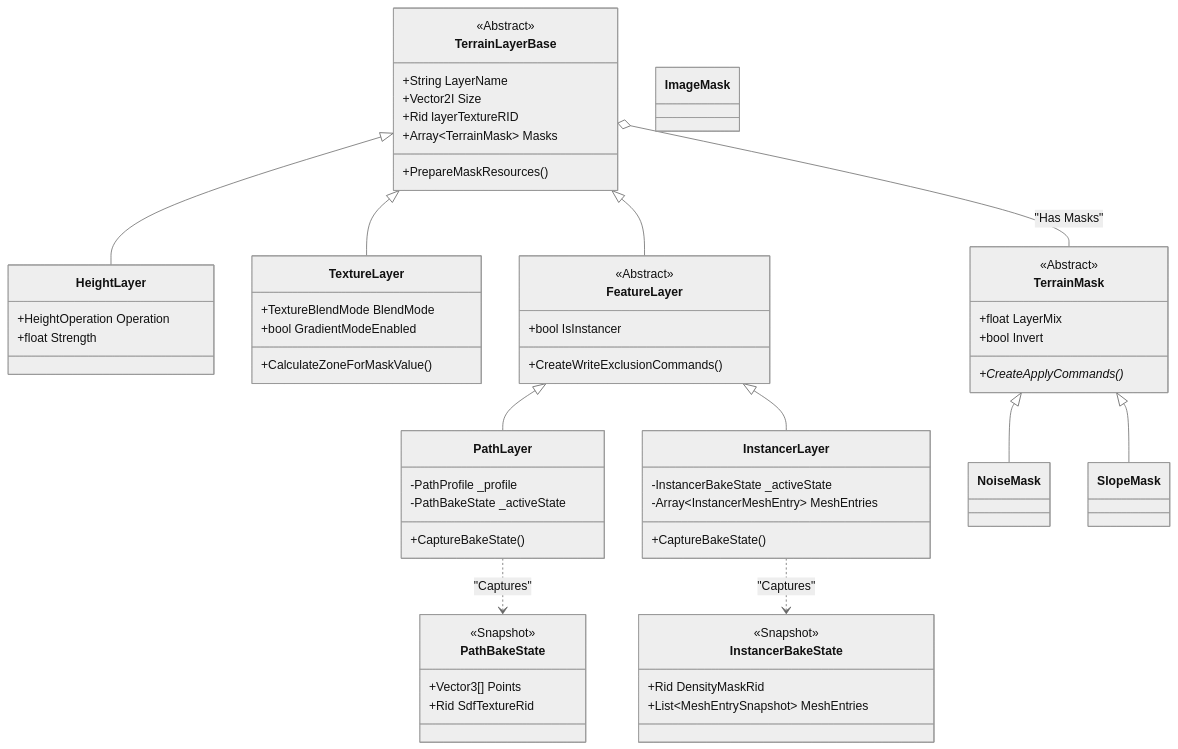
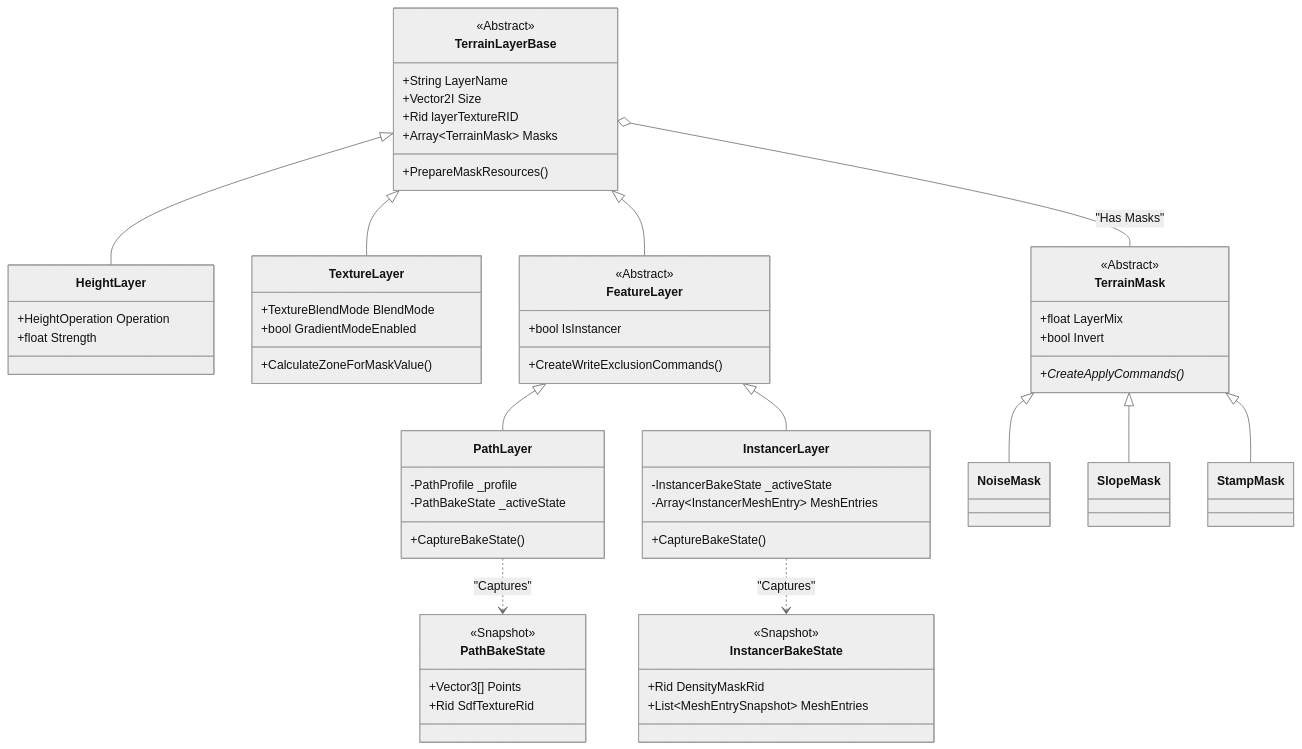
The fourth of 5 diagrams in UML_ARCHITECTURE.md (OldGnuts/Terrain3D_Layer_Tool), drawn with Mermaid (neutral theme) before and after one commit.

````diff
--- a/UML_ARCHITECTURE.md
+++ b/UML_ARCHITECTURE.md
@@ -194,80 +194,81 @@
 ```mermaid
 classDiagram
     %% --- Layers ---
     class TerrainLayerBase {
         <<Abstract>>
         +String LayerName
         +Vector2I Size
         +Rid layerTextureRID
         +Array~TerrainMask~ Masks
         +PrepareMaskResources()
     }
 
     class HeightLayer {
         +HeightOperation Operation
         +float Strength
     }
 
     class TextureLayer {
         +TextureBlendMode BlendMode
         +bool GradientModeEnabled
         +CalculateZoneForMaskValue()
     }
 
     class FeatureLayer {
         <<Abstract>>
         +bool IsInstancer
         +CreateWriteExclusionCommands()
     }
 
     class PathLayer {
         -PathProfile _profile
         -PathBakeState _activeState
         +CaptureBakeState()
     }
 
     class InstancerLayer {
         -InstancerBakeState _activeState
         -Array~InstancerMeshEntry~ MeshEntries
         +CaptureBakeState()
     }
 
     %% --- Snapshots (Thread Safe) ---
     class PathBakeState {
         <<Snapshot>>
         +Vector3[] Points
         +Rid SdfTextureRid
     }
     
     class InstancerBakeState {
         <<Snapshot>>
         +Rid DensityMaskRid
         +List~MeshEntrySnapshot~ MeshEntries
     }
 
     %% --- Masks ---
     class TerrainMask {
         <<Abstract>>
         +float LayerMix
         +bool Invert
         +CreateApplyCommands()*
     }
     
     class NoiseMask
     class SlopeMask
-    class ImageMask
+    class StampMask
 
     %% --- Relationships ---
     TerrainLayerBase <|-- HeightLayer
     TerrainLayerBase <|-- TextureLayer
     TerrainLayerBase <|-- FeatureLayer
     FeatureLayer <|-- PathLayer
     FeatureLayer <|-- InstancerLayer
     
     TerrainLayerBase o-- TerrainMask : "Has Masks"
     TerrainMask <|-- NoiseMask
     TerrainMask <|-- SlopeMask
+    TerrainMask <|-- StampMask
     
     PathLayer ..> PathBakeState : "Captures"
     InstancerLayer ..> InstancerBakeState : "Captures"
 ```
````
